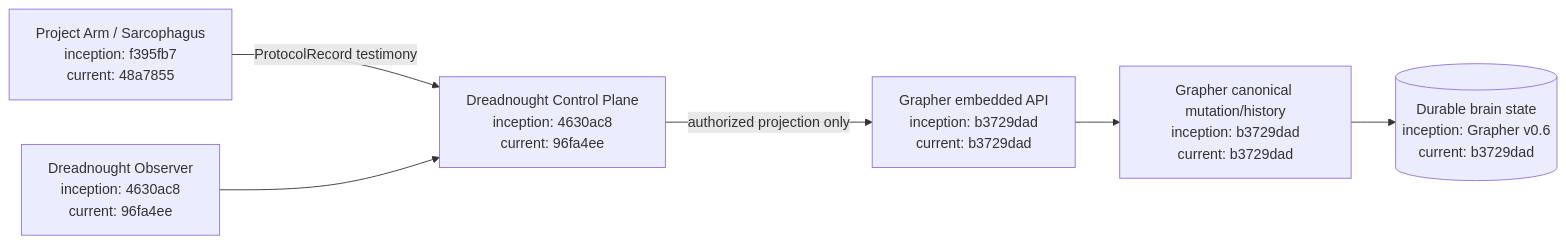
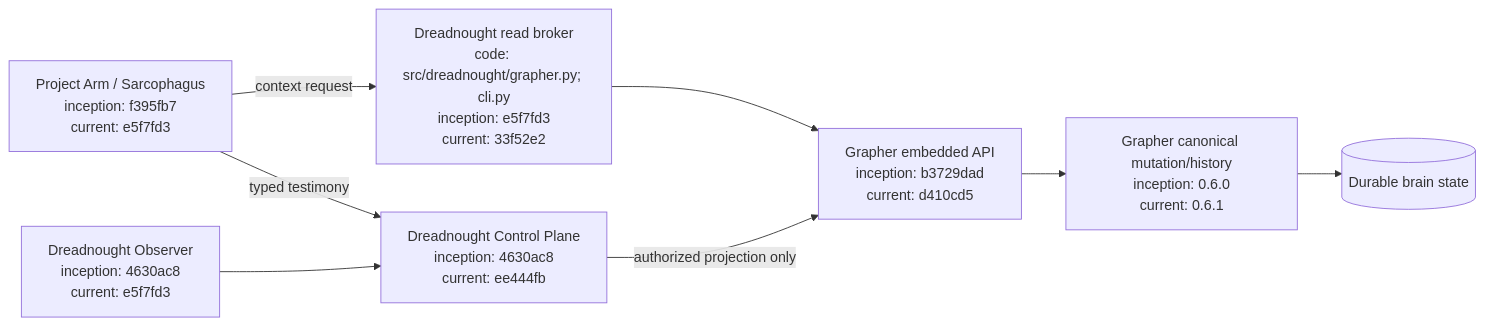
Before and after one commit to seanbman/dreadnought: the first of 2 diagrams in docs/GRAPHER_INTEGRATION.md, drawn with Mermaid. The commit also changed other lines of this file, not shown here.

Commit message:
Document Grapher 0.6.1 brokering in Dreadnought

````diff
--- a/docs/GRAPHER_INTEGRATION.md
+++ b/docs/GRAPHER_INTEGRATION.md
@@ -30,8 +79,10 @@
 ```mermaid
 flowchart LR
-    A[Project Arm / Sarcophagus\ninception: f395fb7\ncurrent: 48a7855] -->|ProtocolRecord testimony| D[Dreadnought Control Plane\ninception: 4630ac8\ncurrent: 96fa4ee]
-    O[Dreadnought Observer\ninception: 4630ac8\ncurrent: 96fa4ee] --> D
-    D -->|authorized projection only| E[Grapher embedded API\ninception: b3729dad\ncurrent: b3729dad]
-    E --> G[Grapher canonical mutation/history\ninception: b3729dad\ncurrent: b3729dad]
-    G --> B[(Durable brain state\ninception: Grapher v0.6\ncurrent: b3729dad)]
+    A["Project Arm / Sarcophagus\ninception: f395fb7\ncurrent: e5f7fd3"] -->|typed testimony| D["Dreadnought Control Plane\ninception: 4630ac8\ncurrent: ee444fb"]
+    O["Dreadnought Observer\ninception: 4630ac8\ncurrent: e5f7fd3"] --> D
+    A -->|context request| R["Dreadnought read broker\ncode: src/dreadnought/grapher.py; cli.py\ninception: e5f7fd3\ncurrent: 33f52e2"]
+    R --> E["Grapher embedded API\ninception: b3729dad\ncurrent: d410cd5"]
+    D -->|authorized projection only| E
+    E --> G["Grapher canonical mutation/history\ninception: 0.6.0\ncurrent: 0.6.1"]
+    G --> B[("Durable brain state")]
 ```
````
